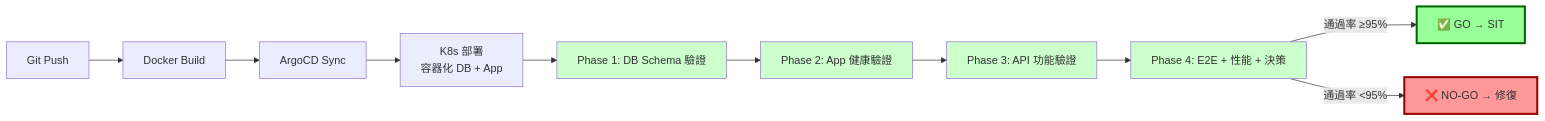
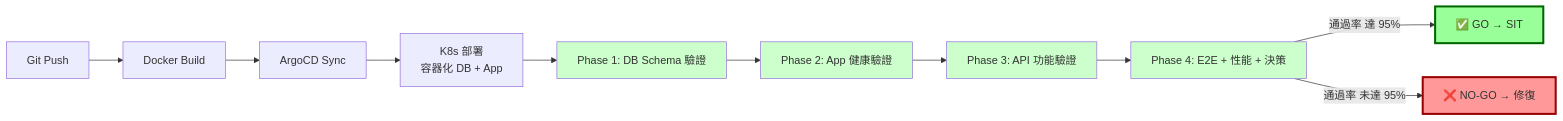
The second of 16 diagrams in README.md (ChunPingWang/pre-site-tutorial), drawn with Mermaid before and after one commit. The commit also changed other lines of this file, not shown here.

First line of the commit message:
修正 README mermaid 圖渲染問題

````diff
--- a/README.md
+++ b/README.md
@@ -52,19 +52,19 @@
 ```mermaid
 flowchart LR
     A[Git Push] --> B[Docker Build]
     B --> C[ArgoCD Sync]
     C --> D[K8s 部署<br/>容器化 DB + App]
     D --> E[Phase 1: DB Schema 驗證]
     E --> F[Phase 2: App 健康驗證]
     F --> G[Phase 3: API 功能驗證]
     G --> H[Phase 4: E2E + 性能 + 決策]
-    H -->|通過率 ≥95%| I[✅ GO → SIT]
-    H -->|通過率 <95%| J[❌ NO-GO → 修復]
+    H -->|通過率 達 95%| I[✅ GO → SIT]
+    H -->|通過率 未達 95%| J[❌ NO-GO → 修復]
 
     style E fill:#cfc
     style F fill:#cfc
     style G fill:#cfc
     style H fill:#cfc
     style I fill:#9f9,stroke:#060,stroke-width:3px
     style J fill:#f99,stroke:#900,stroke-width:3px
 ```
````
